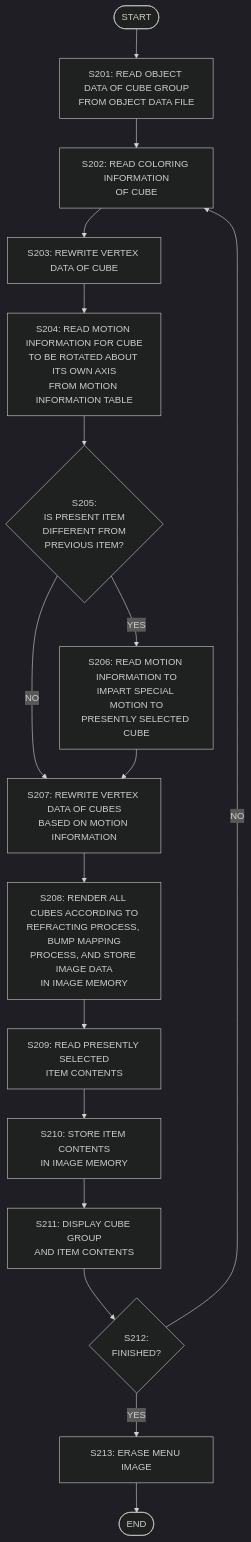
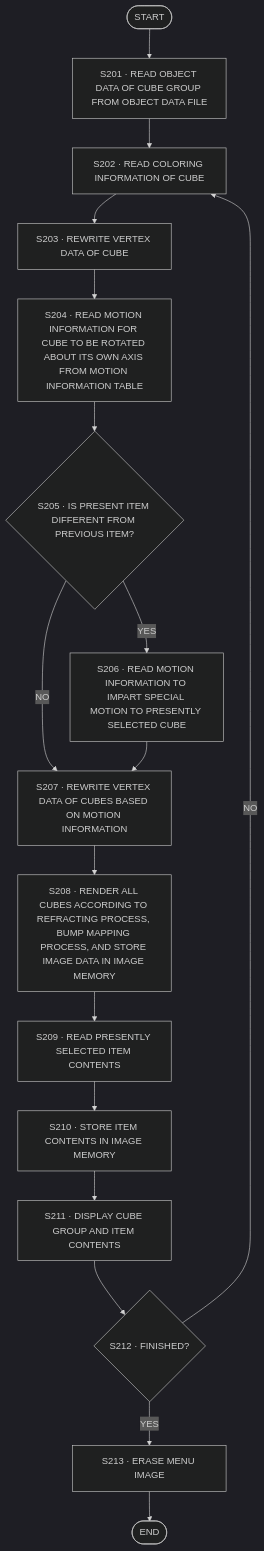
One commit to JeanxPereira/CrystalClockVK changed the ninth of 11 diagrams in docs/clock_patent/US6693606.md. Above: the diagram before and after it, drawn with Mermaid (dark theme). The commit also changed other lines of this file and 3 other files, not shown here.

````diff
--- a/docs/clock_patent/US6693606.md
+++ b/docs/clock_patent/US6693606.md
@@ -884,19 +379,19 @@
 ```mermaid
 flowchart TD
-    START([START]) --> S201["S201: READ OBJECT DATA OF CUBE GROUP\nFROM OBJECT DATA FILE"]
-    S201 --> S202["S202: READ COLORING INFORMATION\nOF CUBE"]
-    S202 --> S203["S203: REWRITE VERTEX DATA OF CUBE"]
-    S203 --> S204["S204: READ MOTION INFORMATION FOR CUBE\nTO BE ROTATED ABOUT ITS OWN AXIS\nFROM MOTION INFORMATION TABLE"]
-    S204 --> S205{S205:\nIS PRESENT ITEM\nDIFFERENT FROM\nPREVIOUS ITEM?}
-    S205 -- YES --> S206["S206: READ MOTION INFORMATION TO\nIMPART SPECIAL MOTION TO\nPRESENTLY SELECTED CUBE"]
-    S205 -- NO --> S207
-    S206 --> S207["S207: REWRITE VERTEX DATA OF CUBES\nBASED ON MOTION INFORMATION"]
-    S207 --> S208["S208: RENDER ALL CUBES ACCORDING TO\nREFRACTING PROCESS, BUMP MAPPING\nPROCESS, AND STORE IMAGE DATA\nIN IMAGE MEMORY"]
-    S208 --> S209["S209: READ PRESENTLY SELECTED\nITEM CONTENTS"]
-    S209 --> S210["S210: STORE ITEM CONTENTS\nIN IMAGE MEMORY"]
-    S210 --> S211["S211: DISPLAY CUBE GROUP\nAND ITEM CONTENTS"]
-    S211 --> S212{S212:\nFINISHED?}
-    S212 -- NO --> S202
-    S212 -- YES --> S213["S213: ERASE MENU IMAGE"]
-    S213 --> END([END])
+    START([START]) --> S201
+    S201["S201 · READ OBJECT DATA OF CUBE GROUP FROM OBJECT DATA FILE"] --> S202
+    S202["S202 · READ COLORING INFORMATION OF CUBE"] --> S203
+    S203["S203 · REWRITE VERTEX DATA OF CUBE"] --> S204
+    S204["S204 · READ MOTION INFORMATION FOR CUBE TO BE ROTATED ABOUT ITS OWN AXIS FROM MOTION INFORMATION TABLE"] --> S205
+    S205{"S205 · IS PRESENT ITEM DIFFERENT FROM PREVIOUS ITEM?"} -- NO --> S207
+    S205 -- YES --> S206
+    S206["S206 · READ MOTION INFORMATION TO IMPART SPECIAL MOTION TO PRESENTLY SELECTED CUBE"] --> S207
+    S207["S207 · REWRITE VERTEX DATA OF CUBES BASED ON MOTION INFORMATION"] --> S208
+    S208["S208 · RENDER ALL CUBES ACCORDING TO REFRACTING PROCESS, BUMP MAPPING PROCESS, AND STORE IMAGE DATA IN IMAGE MEMORY"] --> S209
+    S209["S209 · READ PRESENTLY SELECTED ITEM CONTENTS"] --> S210
+    S210["S210 · STORE ITEM CONTENTS IN IMAGE MEMORY"] --> S211
+    S211["S211 · DISPLAY CUBE GROUP AND ITEM CONTENTS"] --> S212
+    S212{"S212 · FINISHED?"} -- NO --> S202
+    S212 -- YES --> S213
+    S213["S213 · ERASE MENU IMAGE"] --> END([END])
 ```
````
